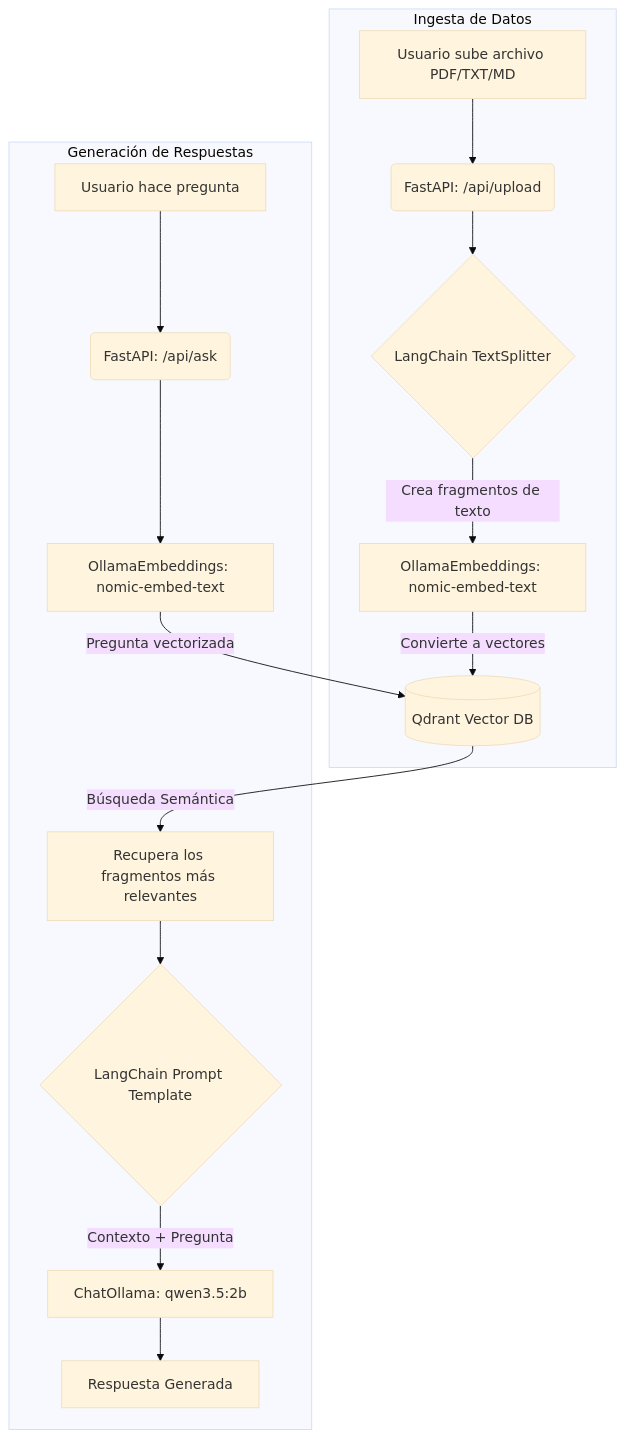
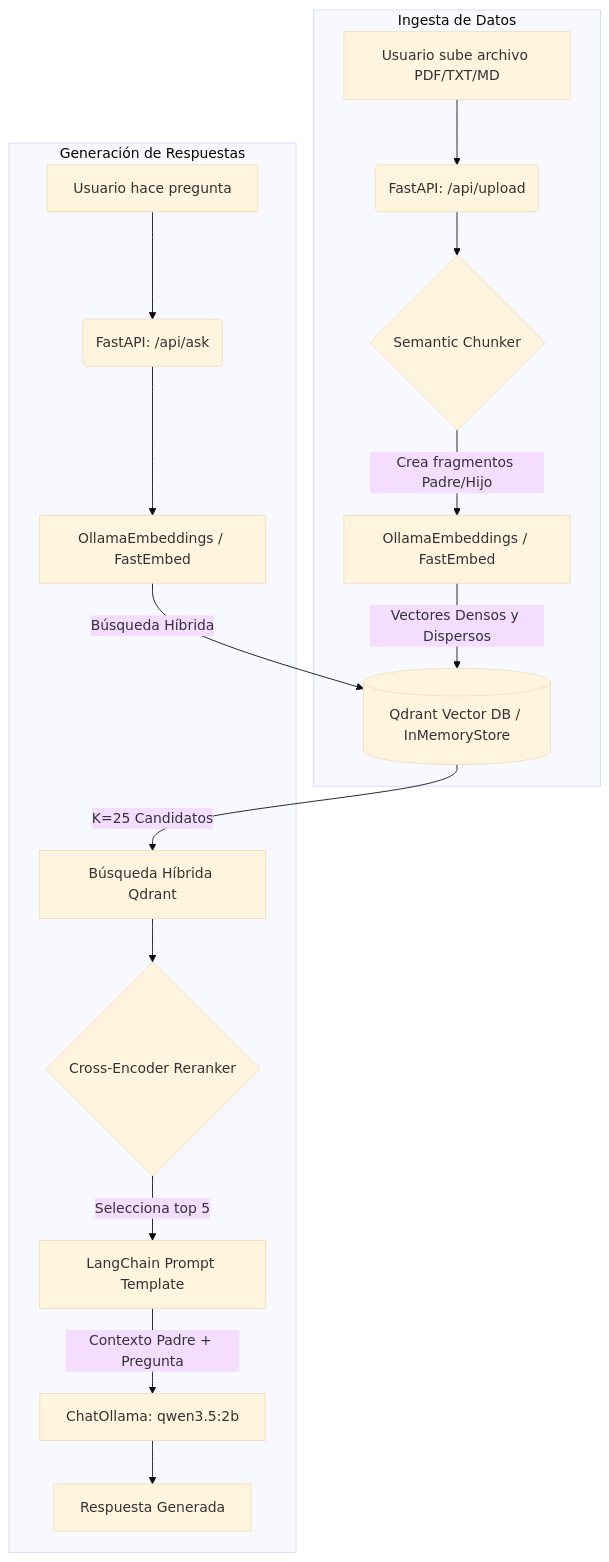
The diagram in README.md (RaphaelNicaise/rag-ollama-qdrant), drawn with Mermaid (base theme) before and after one commit. The commit also changed other lines of this file and 4 other files, not shown here.

Commit message:
feat: implementar búsqueda híbrida, chunking semántico y reranking en el sistema RAG

````diff
--- a/README.md
+++ b/README.md
@@ -11,21 +11,22 @@
 ```mermaid
 graph TD
     %% Ingesta de Datos
     subgraph Ingesta de Datos
     A[Usuario sube archivo PDF/TXT/MD] --> B(FastAPI: /api/upload)
-    B --> C{LangChain TextSplitter}
-    C -->|Crea fragmentos de texto| D[OllamaEmbeddings: nomic-embed-text]
-    D -->|Convierte a vectores| E[(Qdrant Vector DB)]
+    B --> C{Semantic Chunker}
+    C -->|Crea fragmentos Padre/Hijo| D[OllamaEmbeddings / FastEmbed]
+    D -->|Vectores Densos y Dispersos| E[(Qdrant Vector DB / InMemoryStore)]
     end
 
     %% Consulta de Datos
     subgraph Generación de Respuestas
     F[Usuario hace pregunta] --> G(FastAPI: /api/ask)
-    G --> H[OllamaEmbeddings: nomic-embed-text]
-    H -->|Pregunta vectorizada| E
-    E -->|Búsqueda Semántica| I[Recupera los fragmentos más relevantes]
-    I --> J{LangChain Prompt Template}
-    J -->|Contexto + Pregunta| K[ChatOllama: qwen3.5:2b]
-    K --> L[Respuesta Generada]
+    G --> H[OllamaEmbeddings / FastEmbed]
+    H -->|Búsqueda Híbrida| E
+    E -->|K=25 Candidatos| I[Búsqueda Híbrida Qdrant]
+    I --> J{Cross-Encoder Reranker}
+    J -->|Selecciona top 5| K[LangChain Prompt Template]
+    K -->|Contexto Padre + Pregunta| L[ChatOllama: qwen3.5:2b]
+    L --> M[Respuesta Generada]
     end
 ```
````
